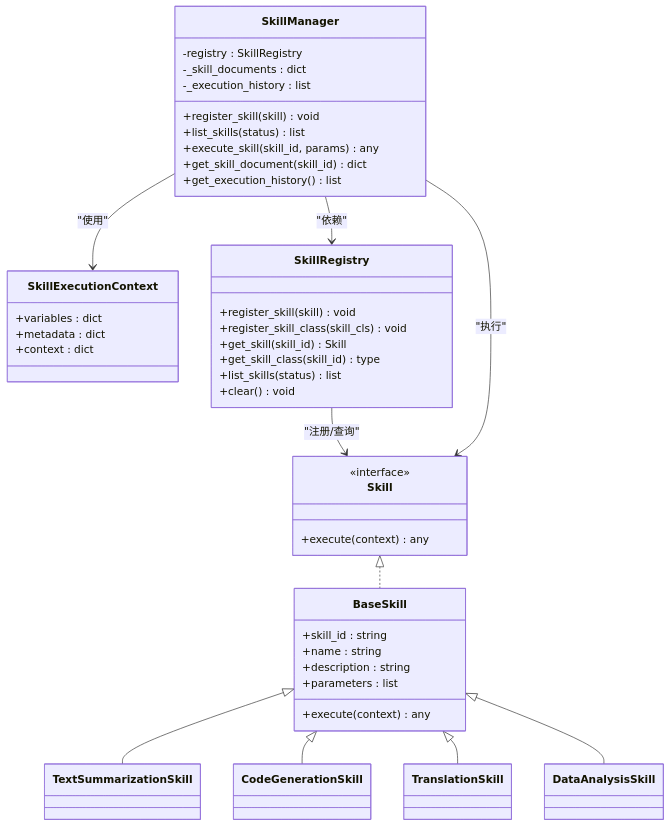
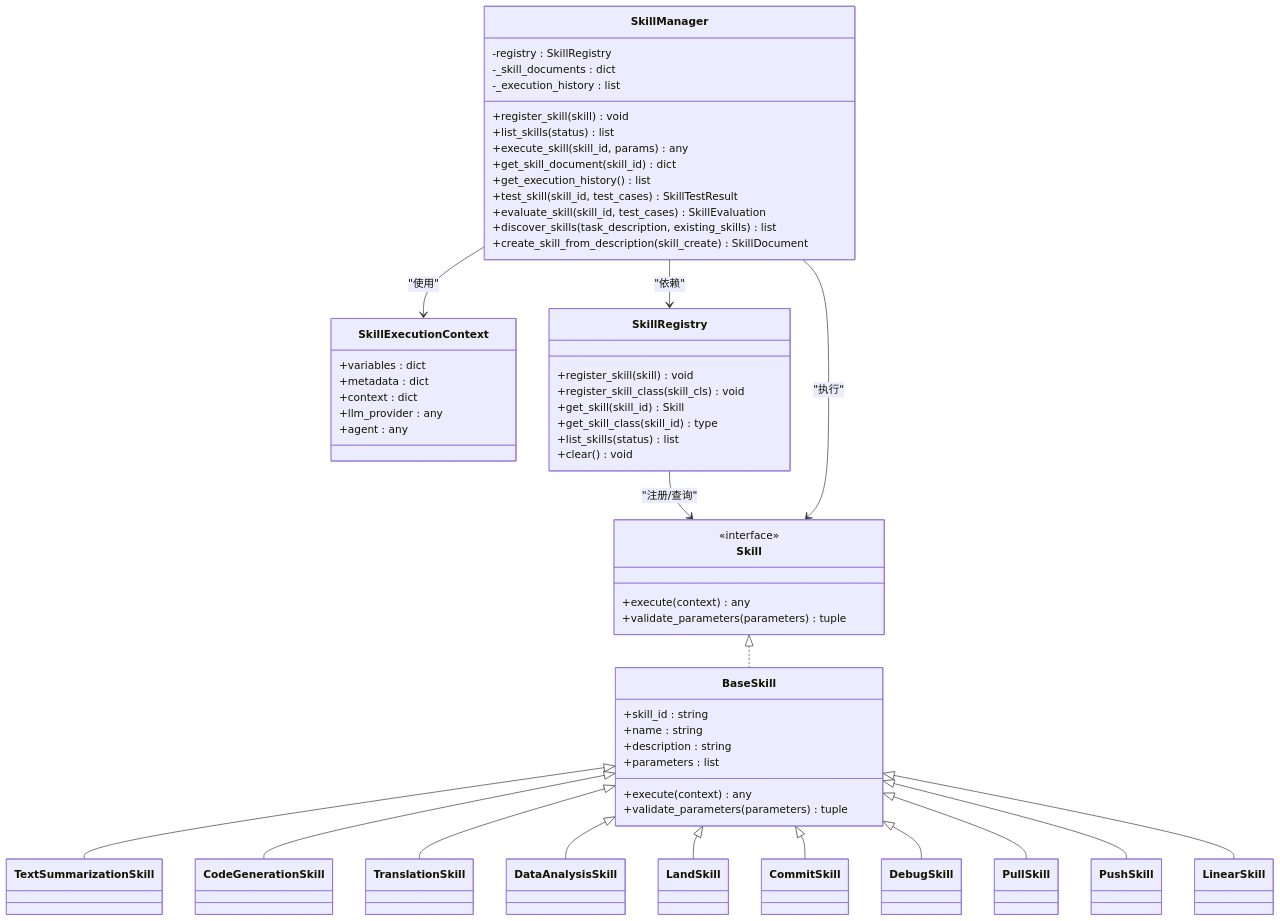
Before and after one commit to xinetzone/tao: the second of 6 diagrams in .qoder/repowiki/zh/content/多智能体系统/技能系统/技能系统.md, drawn with Mermaid. The commit also changed other lines of this file and 5 other files, not shown here.

````diff
--- a/.qoder/repowiki/zh/content/多智能体系统/技能系统/技能系统.md
+++ b/.qoder/repowiki/zh/content/多智能体系统/技能系统/技能系统.md
@@ -118,50 +151,70 @@
 ```mermaid
 classDiagram
 class Skill {
 <<interface>>
 +execute(context) any
++validate_parameters(parameters) tuple
 }
 class BaseSkill {
 +skill_id : string
 +name : string
 +description : string
 +parameters : list
 +execute(context) any
++validate_parameters(parameters) tuple
 }
 class SkillExecutionContext {
 +variables : dict
 +metadata : dict
 +context : dict
++llm_provider : any
++agent : any
 }
 class SkillRegistry {
 +register_skill(skill) void
 +register_skill_class(skill_cls) void
 +get_skill(skill_id) Skill
 +get_skill_class(skill_id) type
 +list_skills(status) list
 +clear() void
 }
 class SkillManager {
 -registry : SkillRegistry
 -_skill_documents : dict
 -_execution_history : list
 +register_skill(skill) void
 +list_skills(status) list
 +execute_skill(skill_id, params) any
 +get_skill_document(skill_id) dict
 +get_execution_history() list
++test_skill(skill_id, test_cases) SkillTestResult
++evaluate_skill(skill_id, test_cases) SkillEvaluation
++discover_skills(task_description, existing_skills) list
++create_skill_from_description(skill_create) SkillDocument
 }
 class TextSummarizationSkill
 class CodeGenerationSkill
 class TranslationSkill
 class DataAnalysisSkill
+class LandSkill
+class CommitSkill
+class DebugSkill
+class PullSkill
+class PushSkill
+class LinearSkill
 Skill <|.. BaseSkill
 BaseSkill <|-- TextSummarizationSkill
 BaseSkill <|-- CodeGenerationSkill
 BaseSkill <|-- TranslationSkill
 BaseSkill <|-- DataAnalysisSkill
+BaseSkill <|-- LandSkill
+BaseSkill <|-- CommitSkill
+BaseSkill <|-- DebugSkill
+BaseSkill <|-- PullSkill
+BaseSkill <|-- PushSkill
+BaseSkill <|-- LinearSkill
 SkillRegistry --> Skill : "注册/查询"
 SkillManager --> SkillRegistry : "依赖"
 SkillManager --> Skill : "执行"
 SkillManager --> SkillExecutionContext : "使用"
 ```
````
